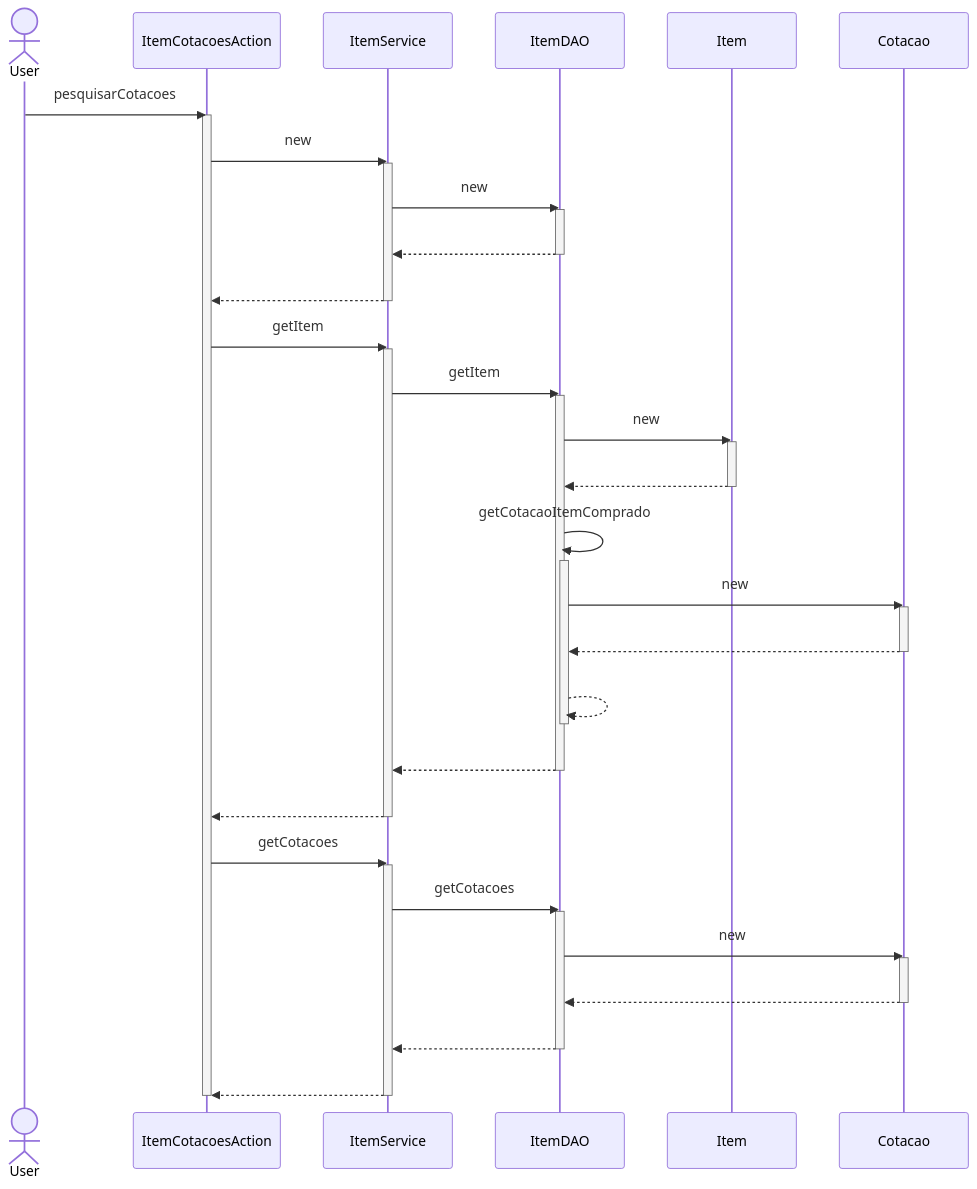
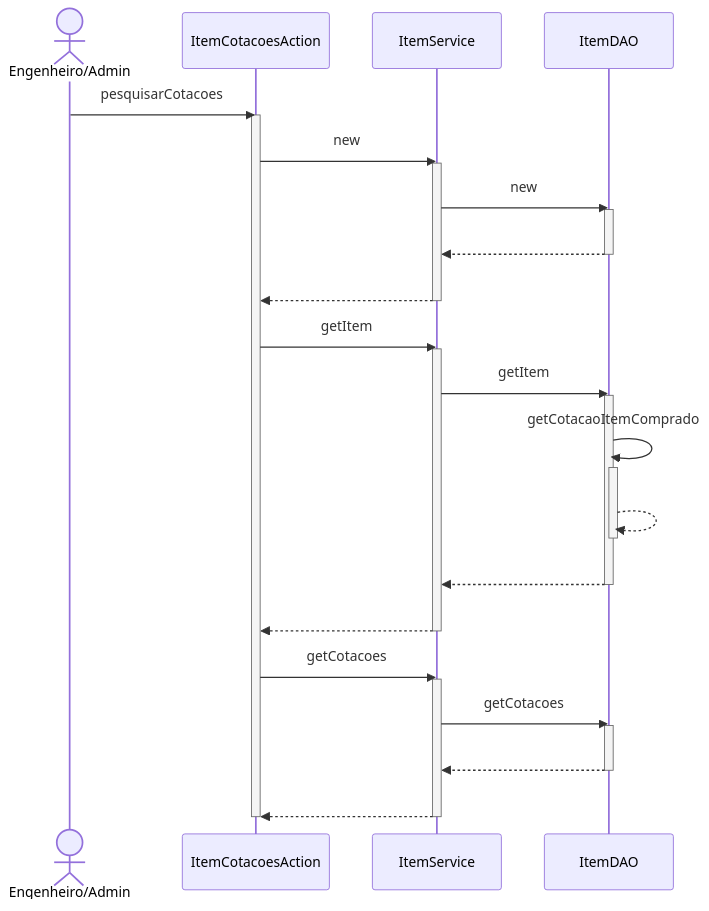
One commit to branqsMRP/SequenceDiagram changed the diagram in DiagramaSequencia/Novo Diagrama Sequencia/Item/Pesquisar Cotacoes.mmd. Above: the diagram before and after it, drawn with Mermaid. The commit also changed 6 other files, not shown here.

```diff
--- a/DiagramaSequencia/Novo Diagrama Sequencia/Item/Pesquisar Cotacoes.mmd
+++ b/DiagramaSequencia/Novo Diagrama Sequencia/Item/Pesquisar Cotacoes.mmd
@@ -1,45 +1,33 @@
 sequenceDiagram
-actor User
-User ->> ItemCotacoesAction : pesquisarCotacoes
+actor EA as Engenheiro/Admin
+EA ->> ItemCotacoesAction : pesquisarCotacoes
 activate ItemCotacoesAction
 ItemCotacoesAction ->> ItemService : new
 activate ItemService
 ItemService ->> ItemDAO : new
 activate ItemDAO
 ItemDAO -->> ItemService : #32; 
 deactivate ItemDAO
 ItemService -->> ItemCotacoesAction : #32; 
 deactivate ItemService
 ItemCotacoesAction ->> ItemService : getItem
 activate ItemService
 ItemService ->> ItemDAO : getItem
 activate ItemDAO
-ItemDAO ->> Item : new
-activate Item
-Item -->> ItemDAO : #32; 
-deactivate Item
 ItemDAO ->> ItemDAO : getCotacaoItemComprado
 activate ItemDAO
-ItemDAO ->> Cotacao : new
-activate Cotacao
-Cotacao -->> ItemDAO : #32; 
-deactivate Cotacao
 ItemDAO -->> ItemDAO : #32; 
 deactivate ItemDAO
 ItemDAO -->> ItemService : #32; 
 deactivate ItemDAO
 ItemService -->> ItemCotacoesAction : #32; 
 deactivate ItemService
 ItemCotacoesAction ->> ItemService : getCotacoes
 activate ItemService
 ItemService ->> ItemDAO : getCotacoes
 activate ItemDAO
-ItemDAO ->> Cotacao : new
-activate Cotacao
-Cotacao -->> ItemDAO : #32; 
-deactivate Cotacao
 ItemDAO -->> ItemService : #32; 
 deactivate ItemDAO
 ItemService -->> ItemCotacoesAction : #32; 
 deactivate ItemService
 deactivate ItemCotacoesAction
```
